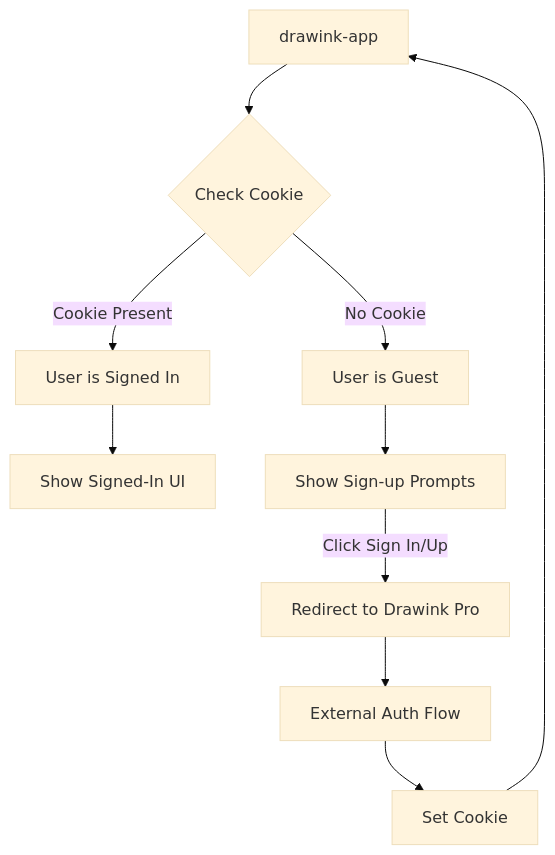
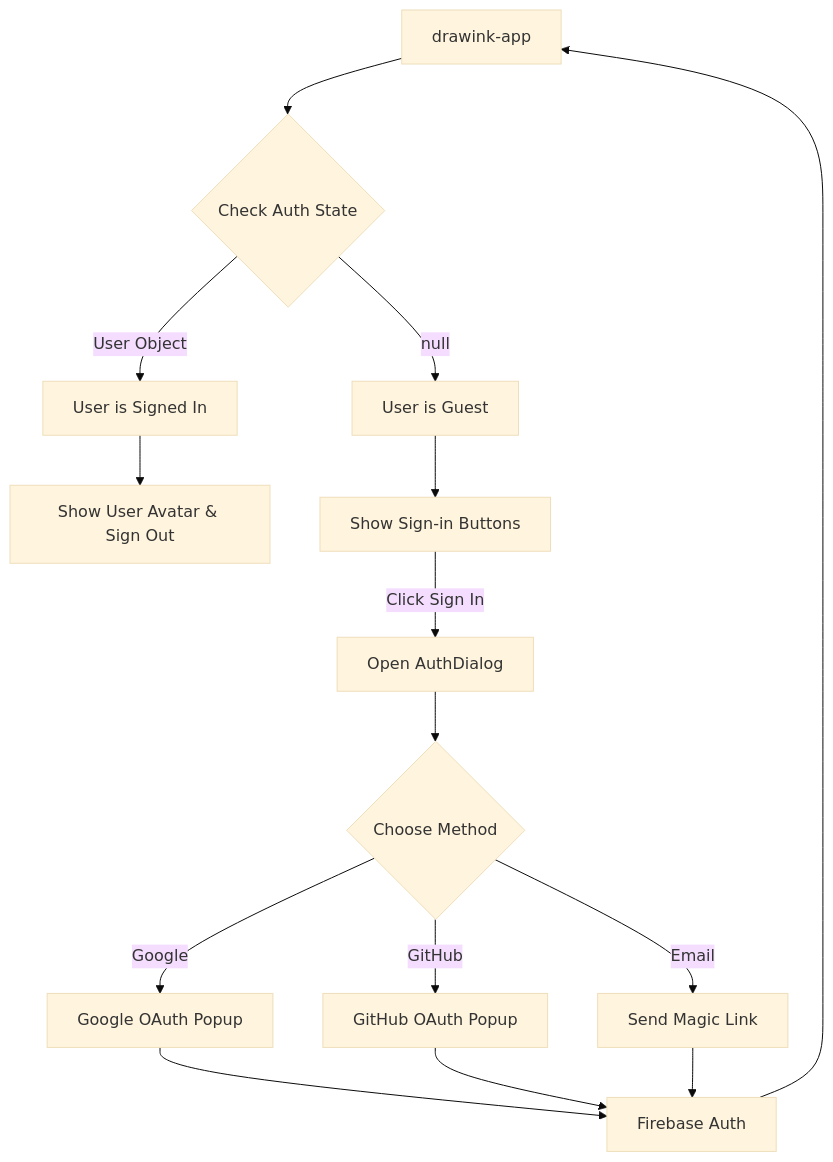
The diagram in dev-docs/personal-docs/AUTHENTICATION-GUIDE.md (sheriax/drawink), drawn with Mermaid (base theme) before and after one commit. The commit also changed other lines of this file and 17 other files, not shown here.

Commit message:
feat: Implement user authentication including an AuthContext, AuthDialog, UserAvatar, and integration into the welcome screen.

````diff
--- a/dev-docs/personal-docs/AUTHENTICATION-GUIDE.md
+++ b/dev-docs/personal-docs/AUTHENTICATION-GUIDE.md
@@ -16,12 +16,17 @@
 ```mermaid
 flowchart TD
-    A[drawink-app] --> B{Check Cookie}
-    B -->|Cookie Present| C[User is Signed In]
-    B -->|No Cookie| D[User is Guest]
-    C --> E[Show Signed-In UI]
-    D --> F[Show Sign-up Prompts]
-    F -->|Click Sign In/Up| G[Redirect to Drawink Pro]
-    G --> H[External Auth Flow]
-    H --> I[Set Cookie]
-    I --> A
+    A[drawink-app] --> B{Check Auth State}
+    B -->|User Object| C[User is Signed In]
+    B -->|null| D[User is Guest]
+    C --> E[Show User Avatar & Sign Out]
+    D --> F[Show Sign-in Buttons]
+    F -->|Click Sign In| G[Open AuthDialog]
+    G --> H{Choose Method}
+    H -->|Google| I[Google OAuth Popup]
+    H -->|GitHub| J[GitHub OAuth Popup]
+    H -->|Email| K[Send Magic Link]
+    I --> L[Firebase Auth]
+    J --> L
+    K --> L
+    L --> A
 ```
````
